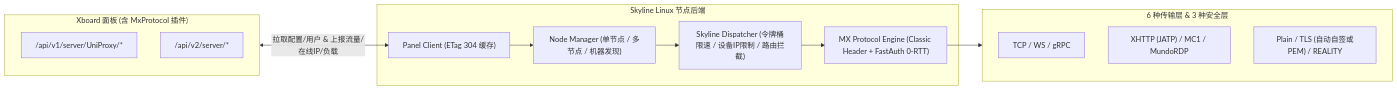
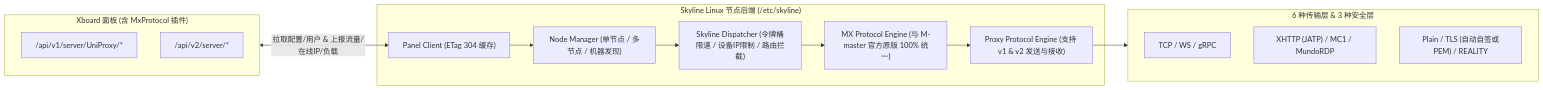
Before and after one commit to Grandova/skyline: the diagram in README.md, drawn with Mermaid. The commit also changed other lines of this file and 21 other files, not shown here.

Commit message:
feat: support Proxy Protocol v1/v2 send & receive, unify /etc/skyline layout and M-master protocol

````diff
--- a/README.md
+++ b/README.md
@@ -9,23 +23,24 @@
 ```mermaid
 flowchart LR
     subgraph Xboard["Xboard 面板 (含 MxProtocol 插件)"]
         A1["/api/v1/server/UniProxy/*"]
         A2["/api/v2/server/*"]
     end
 
-    subgraph Skyline["Skyline Linux 节点后端"]
+    subgraph Skyline["Skyline Linux 节点后端 (/etc/skyline)"]
         B1["Panel Client (ETag 304 缓存)"]
         B2["Node Manager (单节点 / 多节点 / 机器发现)"]
         B3["Skyline Dispatcher (令牌桶限速 / 设备IP限制 / 路由拦截)"]
-        B4["MX Protocol Engine (Classic Header + FastAuth 0-RTT)"]
+        B4["MX Protocol Engine (与 M-master 官方原版 100% 统一)"]
+        B5["Proxy Protocol Engine (支持 v1 & v2 发送与接收)"]
     end
 
     subgraph Transports["6 种传输层 & 3 种安全层"]
         C1["TCP / WS / gRPC"]
         C2["XHTTP (JATP) / MC1 / MundoRDP"]
         C3["Plain / TLS (自动自签或PEM) / REALITY"]
     end
 
     Xboard <-->|"拉取配置/用户 & 上报流量/在线IP/负载"| B1
-    B1 --> B2 --> B3 --> B4 --> Transports
+    B1 --> B2 --> B3 --> B4 --> B5 --> Transports
 ```
````
